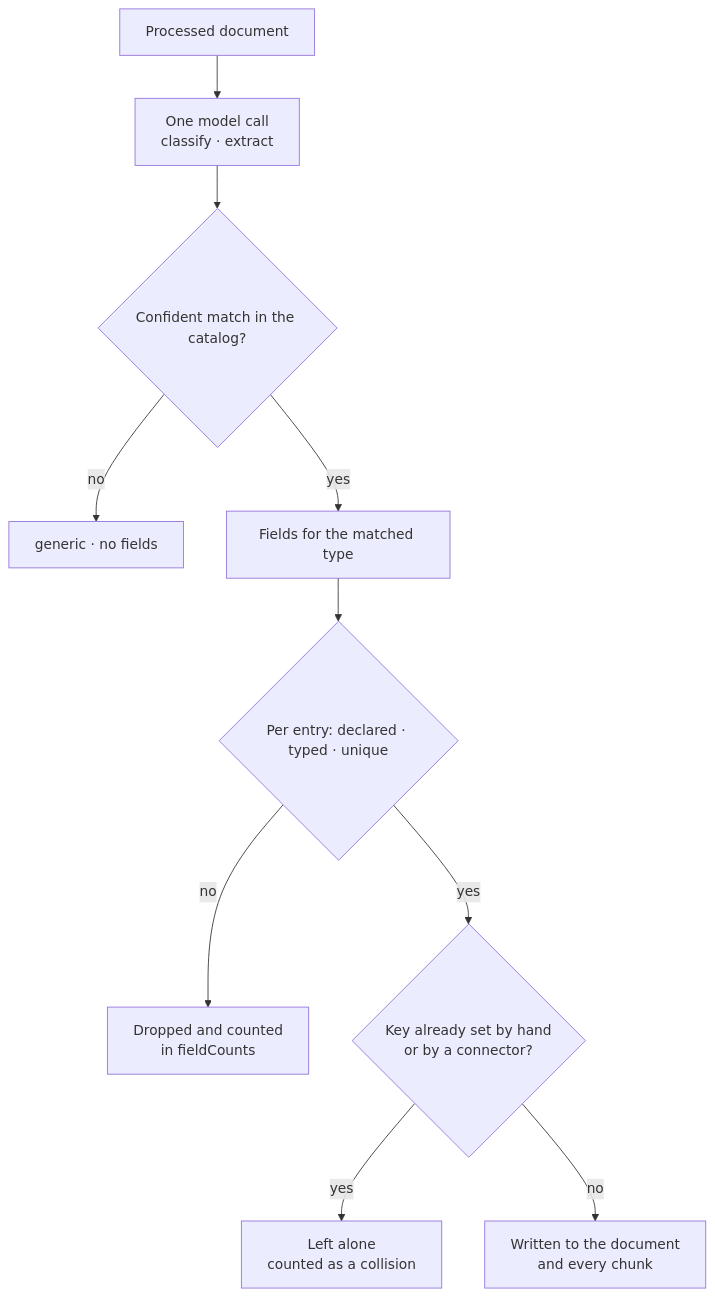
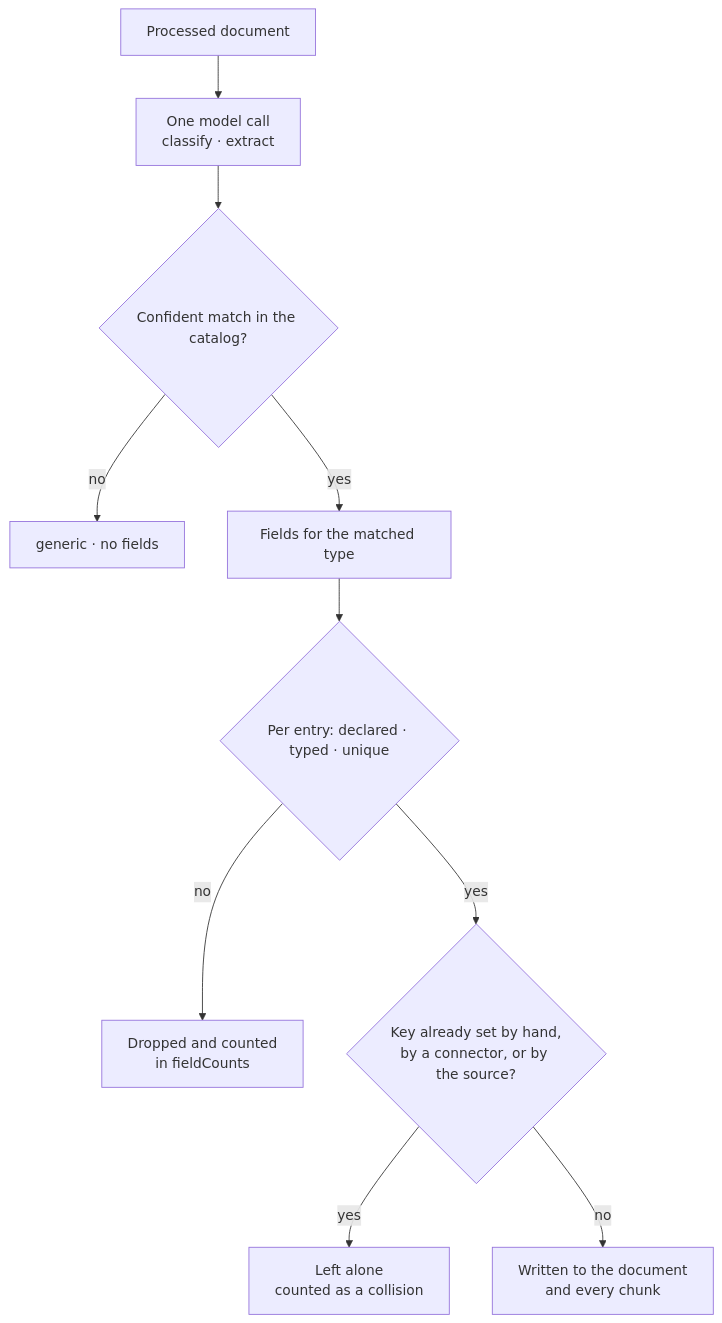
Before and after one commit to radioso-ai/radioso: the diagram in docs-portal/content/guides/document-metadata.mdx, drawn with Mermaid. The commit also changed other lines of this file and 25 other files, not shown here.

First line of the commit message:
fix(documents): let extraction replace connector-synced dates and respect source tags for fields

````diff
--- a/docs-portal/content/guides/document-metadata.mdx
+++ b/docs-portal/content/guides/document-metadata.mdx
@@ -92,12 +92,12 @@
 ```mermaid
 flowchart TB
   doc["Processed document"] --> extract["One model call<br/>classify · extract"]
   extract --> confident{"Confident match in the catalog?"}
   confident -->|no| generic["generic · no fields"]
   confident -->|yes| fields["Fields for the matched type"]
   fields --> checked{"Per entry: declared · typed · unique"}
   checked -->|no| dropped["Dropped and counted<br/>in fieldCounts"]
-  checked -->|yes| owned{"Key already set by hand<br/>or by a connector?"}
+  checked -->|yes| owned{"Key already set by hand,<br/>by a connector, or by the source?"}
   owned -->|yes| kept["Left alone<br/>counted as a collision"]
   owned -->|no| written["Written to the document<br/>and every chunk"]
 ```
````
